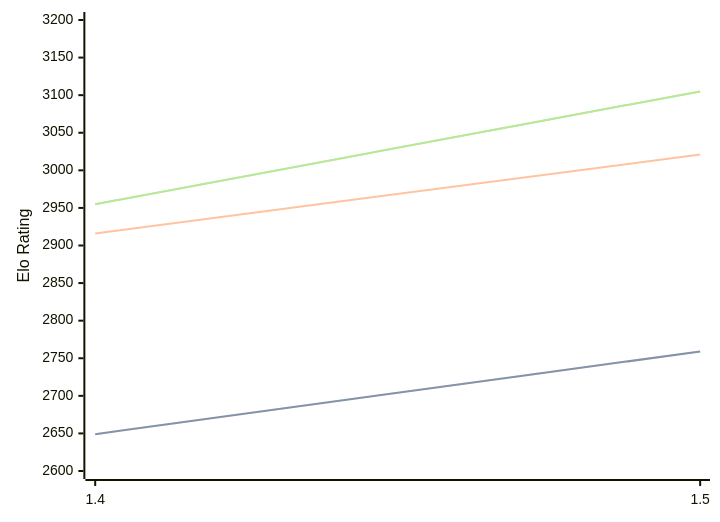
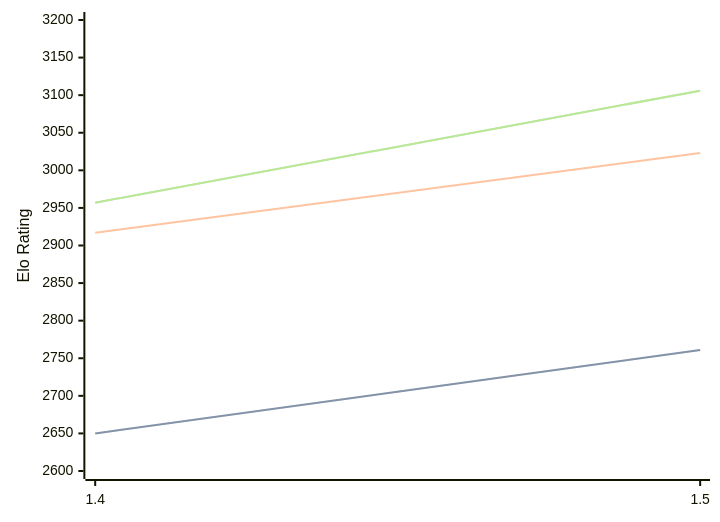
One commit to computer-chess-index/cci changed the diagram in engines/Yakka.md. Above: the diagram before and after it, drawn with Mermaid. The commit also changed other lines of this file, not shown here.

Commit message:
Update CCI Ratings (ELO VLTC) - 2026-08-26

````diff
--- a/engines/Yakka.md
+++ b/engines/Yakka.md
@@ -32,11 +32,11 @@
 ```mermaid
 %%{init: {"theme":"base","themeVariables":{"seriesColors:['#a3a3a3','#222221','#faa371']}}}%%
 xychart-beta
   x-axis ["1.4", "1.5"]
   y-axis "Elo Rating" 2600 --> 3200
-  line "STC (8.0+0.08s)" [2649, 2759]
-  line "STC (8.0+0.08s)" [2649, 2759]
-  line "LTC (60.0+0.60s)" [2916, 3021]
-  line "VLTC (2m24s+1.12s)" [2955, 3105]
-  line "VLTC (2m24s+1.12s)" [2955, 3105]
+  line "STC (8.0+0.08s)" [2650, 2761]
+  line "STC (8.0+0.08s)" [2650, 2761]
+  line "LTC (60.0+0.60s)" [2917, 3023]
+  line "VLTC (2m24s+1.12s)" [2957, 3106]
+  line "VLTC (2m24s+1.12s)" [2957, 3106]
 ```
````
